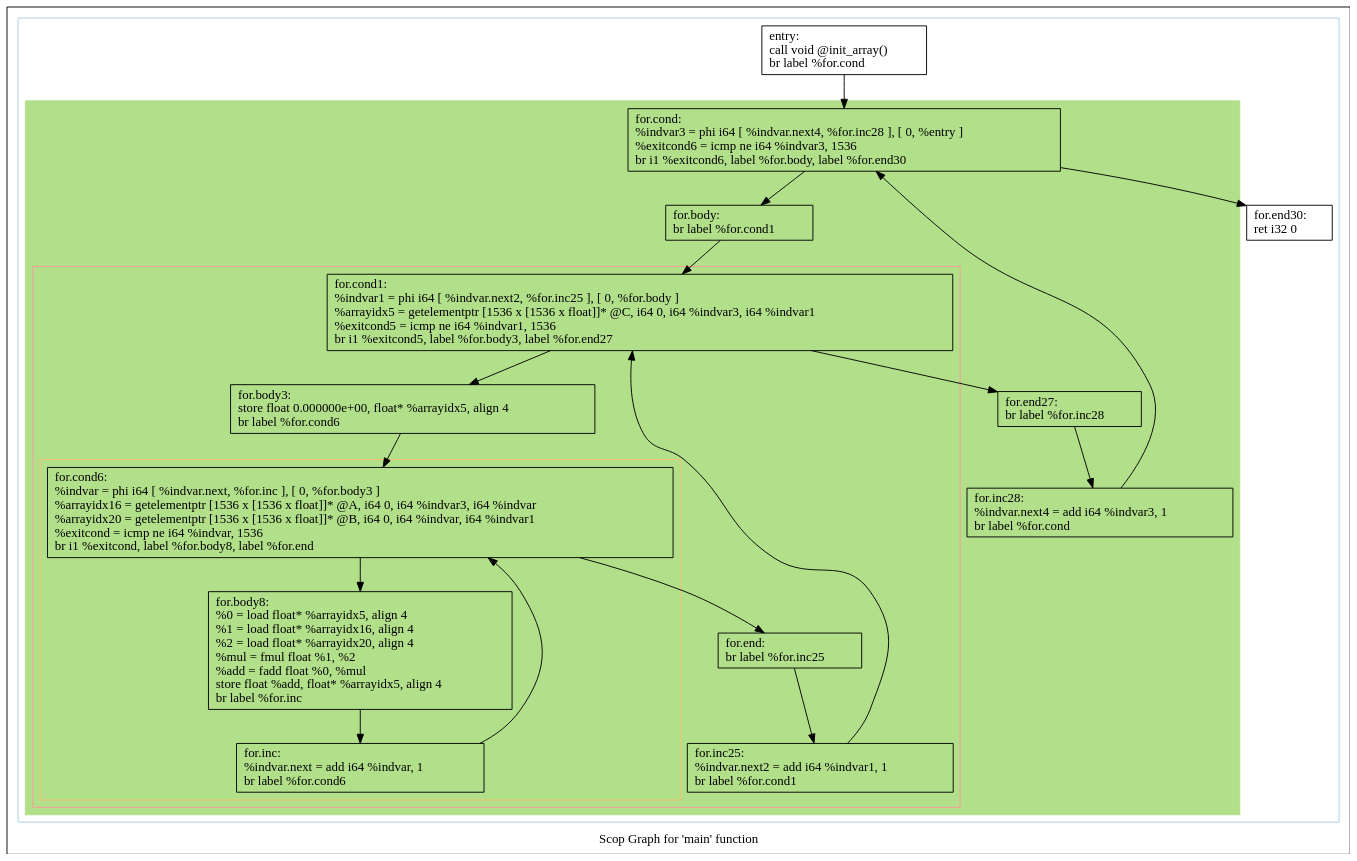
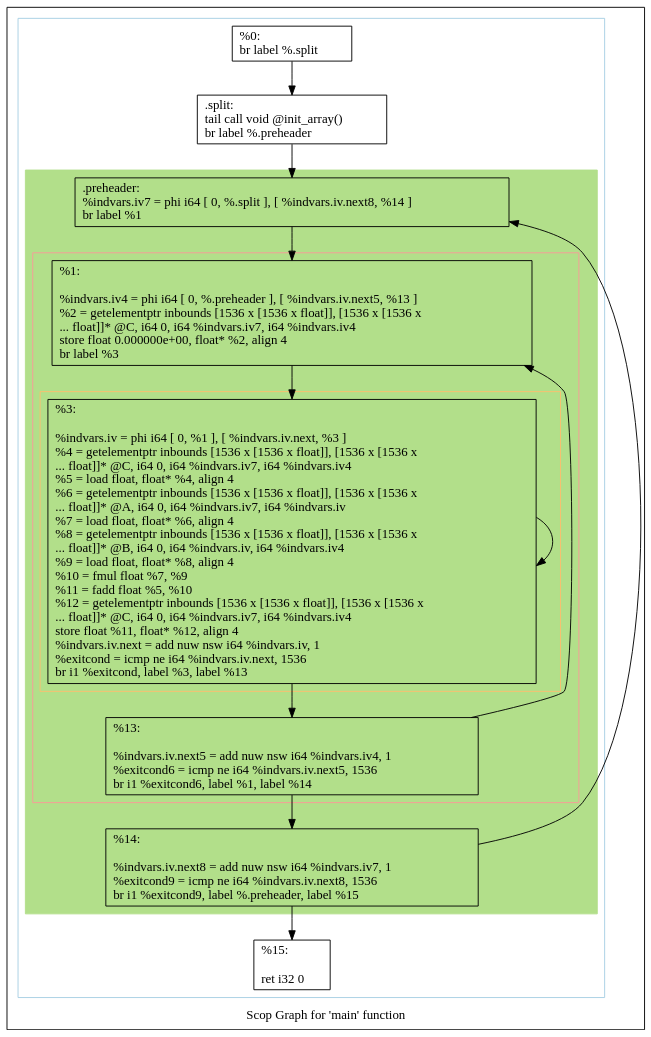
One commit to rogerioag/openmp-hook changed the diagram in matmul-polly/scops.main.dot. Above: the diagram before and after it, drawn with Graphviz. The commit also changed 29 other files, not shown here.

```diff
--- a/matmul-polly/scops.main.dot
+++ b/matmul-polly/scops.main.dot
@@ -1,65 +1,50 @@
 digraph "Scop Graph for 'main' function" {
 	label="Scop Graph for 'main' function";
 
-	Node0x17d21a0 [shape=record,label="{entry:\l  call void @init_array()\l  br label %for.cond\l}"];
-	Node0x17d21a0 -> Node0x17d2020;
-	Node0x17d2020 [shape=record,label="{for.cond:                                         \l  %indvar3 = phi i64 [ %indvar.next4, %for.inc28 ], [ 0, %entry ]\l  %exitcond6 = icmp ne i64 %indvar3, 1536\l  br i1 %exitcond6, label %for.body, label %for.end30\l}"];
-	Node0x17d2020 -> Node0x17d3950;
-	Node0x17d2020 -> Node0x17da500;
-	Node0x17d3950 [shape=record,label="{for.body:                                         \l  br label %for.cond1\l}"];
-	Node0x17d3950 -> Node0x17da760;
-	Node0x17da760 [shape=record,label="{for.cond1:                                        \l  %indvar1 = phi i64 [ %indvar.next2, %for.inc25 ], [ 0, %for.body ]\l  %arrayidx5 = getelementptr [1536 x [1536 x float]]* @C, i64 0, i64 %indvar3, i64 %indvar1\l  %exitcond5 = icmp ne i64 %indvar1, 1536\l  br i1 %exitcond5, label %for.body3, label %for.end27\l}"];
-	Node0x17da760 -> Node0x17db1e0;
-	Node0x17da760 -> Node0x17db250;
-	Node0x17db1e0 [shape=record,label="{for.body3:                                        \l  store float 0.000000e+00, float* %arrayidx5, align 4\l  br label %for.cond6\l}"];
-	Node0x17db1e0 -> Node0x17da740;
-	Node0x17da740 [shape=record,label="{for.cond6:                                        \l  %indvar = phi i64 [ %indvar.next, %for.inc ], [ 0, %for.body3 ]\l  %arrayidx16 = getelementptr [1536 x [1536 x float]]* @A, i64 0, i64 %indvar3, i64 %indvar\l  %arrayidx20 = getelementptr [1536 x [1536 x float]]* @B, i64 0, i64 %indvar, i64 %indvar1\l  %exitcond = icmp ne i64 %indvar, 1536\l  br i1 %exitcond, label %for.body8, label %for.end\l}"];
-	Node0x17da740 -> Node0x17da5a0;
-	Node0x17da740 -> Node0x17da800;
-	Node0x17da5a0 [shape=record,label="{for.body8:                                        \l  %0 = load float* %arrayidx5, align 4\l  %1 = load float* %arrayidx16, align 4\l  %2 = load float* %arrayidx20, align 4\l  %mul = fmul float %1, %2\l  %add = fadd float %0, %mul\l  store float %add, float* %arrayidx5, align 4\l  br label %for.inc\l}"];
-	Node0x17da5a0 -> Node0x17da5c0;
-	Node0x17da5c0 [shape=record,label="{for.inc:                                          \l  %indvar.next = add i64 %indvar, 1\l  br label %for.cond6\l}"];
-	Node0x17da5c0 -> Node0x17da740[constraint=false];
-	Node0x17da800 [shape=record,label="{for.end:                                          \l  br label %for.inc25\l}"];
-	Node0x17da800 -> Node0x17dae20;
-	Node0x17dae20 [shape=record,label="{for.inc25:                                        \l  %indvar.next2 = add i64 %indvar1, 1\l  br label %for.cond1\l}"];
-	Node0x17dae20 -> Node0x17da760[constraint=false];
-	Node0x17db250 [shape=record,label="{for.end27:                                        \l  br label %for.inc28\l}"];
-	Node0x17db250 -> Node0x17dae80;
-	Node0x17dae80 [shape=record,label="{for.inc28:                                        \l  %indvar.next4 = add i64 %indvar3, 1\l  br label %for.cond\l}"];
-	Node0x17dae80 -> Node0x17d2020[constraint=false];
-	Node0x17da500 [shape=record,label="{for.end30:                                        \l  ret i32 0\l}"];
+	Node0x8333e0 [shape=record,label="{%0:\l  br label %.split\l}"];
+	Node0x8333e0 -> Node0x83f240;
+	Node0x83f240 [shape=record,label="{.split:                                           \l  tail call void @init_array()\l  br label %.preheader\l}"];
+	Node0x83f240 -> Node0x83f490;
+	Node0x83f490 [shape=record,label="{.preheader:                                       \l  %indvars.iv7 = phi i64 [ 0, %.split ], [ %indvars.iv.next8, %14 ]\l  br label %1\l}"];
+	Node0x83f490 -> Node0x83f330;
+	Node0x83f330 [shape=record,label="{%1:\l\l  %indvars.iv4 = phi i64 [ 0, %.preheader ], [ %indvars.iv.next5, %13 ]\l  %2 = getelementptr inbounds [1536 x [1536 x float]], [1536 x [1536 x\l... float]]* @C, i64 0, i64 %indvars.iv7, i64 %indvars.iv4\l  store float 0.000000e+00, float* %2, align 4\l  br label %3\l}"];
+	Node0x83f330 -> Node0x83f350;
+	Node0x83f350 [shape=record,label="{%3:\l\l  %indvars.iv = phi i64 [ 0, %1 ], [ %indvars.iv.next, %3 ]\l  %4 = getelementptr inbounds [1536 x [1536 x float]], [1536 x [1536 x\l... float]]* @C, i64 0, i64 %indvars.iv7, i64 %indvars.iv4\l  %5 = load float, float* %4, align 4\l  %6 = getelementptr inbounds [1536 x [1536 x float]], [1536 x [1536 x\l... float]]* @A, i64 0, i64 %indvars.iv7, i64 %indvars.iv\l  %7 = load float, float* %6, align 4\l  %8 = getelementptr inbounds [1536 x [1536 x float]], [1536 x [1536 x\l... float]]* @B, i64 0, i64 %indvars.iv, i64 %indvars.iv4\l  %9 = load float, float* %8, align 4\l  %10 = fmul float %7, %9\l  %11 = fadd float %5, %10\l  %12 = getelementptr inbounds [1536 x [1536 x float]], [1536 x [1536 x\l... float]]* @C, i64 0, i64 %indvars.iv7, i64 %indvars.iv4\l  store float %11, float* %12, align 4\l  %indvars.iv.next = add nuw nsw i64 %indvars.iv, 1\l  %exitcond = icmp ne i64 %indvars.iv.next, 1536\l  br i1 %exitcond, label %3, label %13\l}"];
+	Node0x83f350 -> Node0x83f350[constraint=false];
+	Node0x83f350 -> Node0x833500;
+	Node0x833500 [shape=record,label="{%13:\l\l  %indvars.iv.next5 = add nuw nsw i64 %indvars.iv4, 1\l  %exitcond6 = icmp ne i64 %indvars.iv.next5, 1536\l  br i1 %exitcond6, label %1, label %14\l}"];
+	Node0x833500 -> Node0x83f330[constraint=false];
+	Node0x833500 -> Node0x83f800;
+	Node0x83f800 [shape=record,label="{%14:\l\l  %indvars.iv.next8 = add nuw nsw i64 %indvars.iv7, 1\l  %exitcond9 = icmp ne i64 %indvars.iv.next8, 1536\l  br i1 %exitcond9, label %.preheader, label %15\l}"];
+	Node0x83f800 -> Node0x83f490[constraint=false];
+	Node0x83f800 -> Node0x83f860;
+	Node0x83f860 [shape=record,label="{%15:\l\l  ret i32 0\l}"];
 	colorscheme = "paired12"
-        subgraph cluster_0x17d3f30 {
+        subgraph cluster_0x833e70 {
           label = "";
           style = solid;
           color = 1
-          subgraph cluster_0x17d38d0 {
+          subgraph cluster_0x83ef30 {
             label = "";
             style = filled;
-            color = 3            subgraph cluster_0x17d3850 {
+            color = 3            subgraph cluster_0x830af0 {
               label = "";
               style = solid;
               color = 5
-              subgraph cluster_0x17d37d0 {
+              subgraph cluster_0x83f4e0 {
                 label = "";
                 style = solid;
                 color = 7
-                Node0x17da740;
-                Node0x17da5a0;
-                Node0x17da5c0;
+                Node0x83f350;
               }
-              Node0x17da760;
-              Node0x17db1e0;
-              Node0x17da800;
-              Node0x17dae20;
+              Node0x83f330;
+              Node0x833500;
             }
-            Node0x17d2020;
-            Node0x17d3950;
-            Node0x17db250;
-            Node0x17dae80;
+            Node0x83f490;
+            Node0x83f800;
           }
-          Node0x17d21a0;
-          Node0x17da500;
+          Node0x8333e0;
+          Node0x83f240;
+          Node0x83f860;
         }
 }
```
